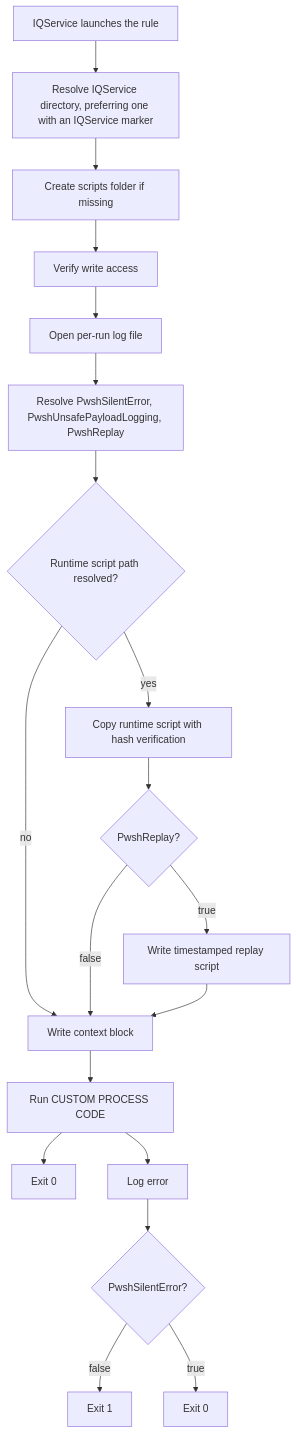
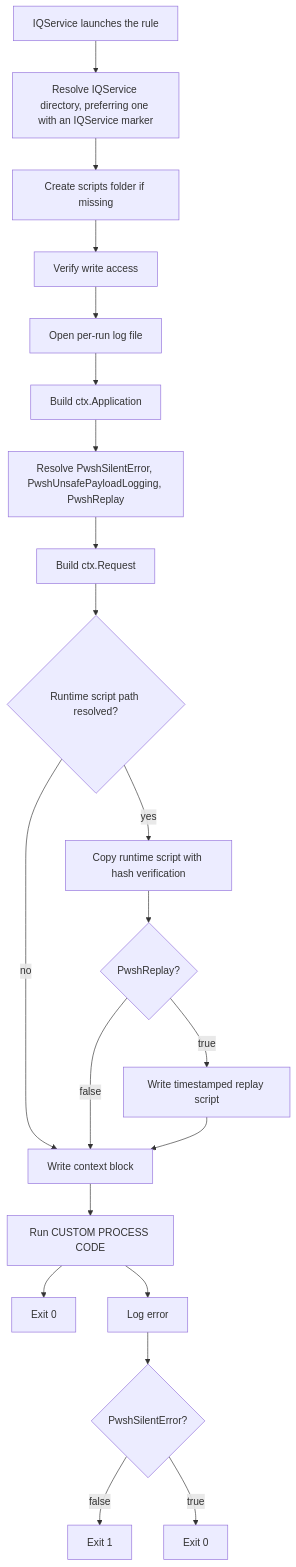
One commit to fernando-delosrios-sp/sailpoint-utils changed the diagram in ISC/PowerShell Rule Template/README.md. Above: the diagram before and after it, drawn with Mermaid. The commit also changed other lines of this file and 9 other files, not shown here.

````diff
--- a/ISC/PowerShell Rule Template/README.md
+++ b/ISC/PowerShell Rule Template/README.md
@@ -183,21 +336,23 @@
 ```mermaid
 flowchart TD
     start[IQService launches the rule] --> resolve[Resolve IQService directory, preferring one with an IQService marker]
     resolve --> scriptsDir[Create scripts folder if missing]
     scriptsDir --> writeProbe[Verify write access]
     writeProbe --> openLog[Open per-run log file]
-    openLog --> options[Resolve PwshSilentError, PwshUnsafePayloadLogging, PwshReplay]
-    options --> haveScript{Runtime script path resolved?}
+    openLog --> application[Build ctx.Application]
+    application --> options[Resolve PwshSilentError, PwshUnsafePayloadLogging, PwshReplay]
+    options --> request[Build ctx.Request]
+    request --> haveScript{Runtime script path resolved?}
     haveScript -->|no| context[Write context block]
     haveScript -->|yes| dumpScript[Copy runtime script with hash verification]
     dumpScript --> replay{PwshReplay?}
     replay -->|true| replayScript[Write timestamped replay script]
     replay -->|false| context
     replayScript --> context
     context --> process[Run CUSTOM PROCESS CODE]
     process --> success[Exit 0]
     process --> failure[Log error]
     failure --> silent{PwshSilentError?}
     silent -->|false| exit1[Exit 1]
     silent -->|true| exit0[Exit 0]
 ```
````
